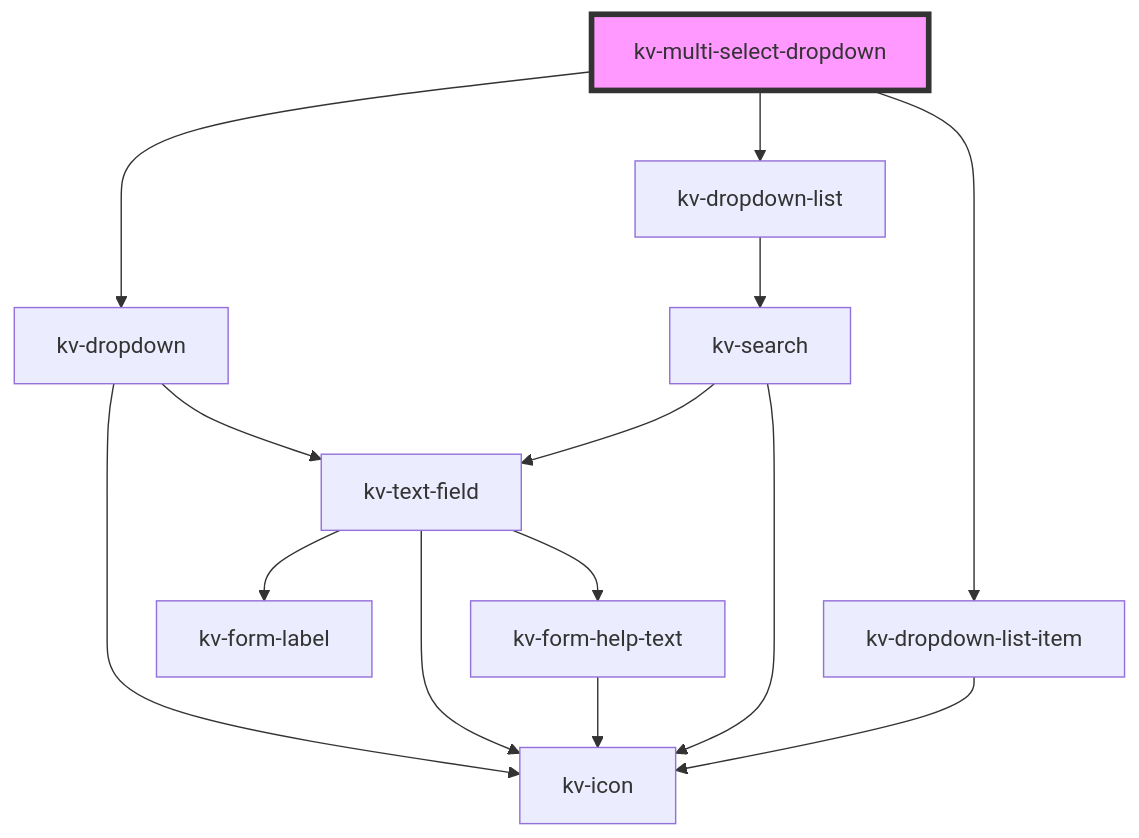
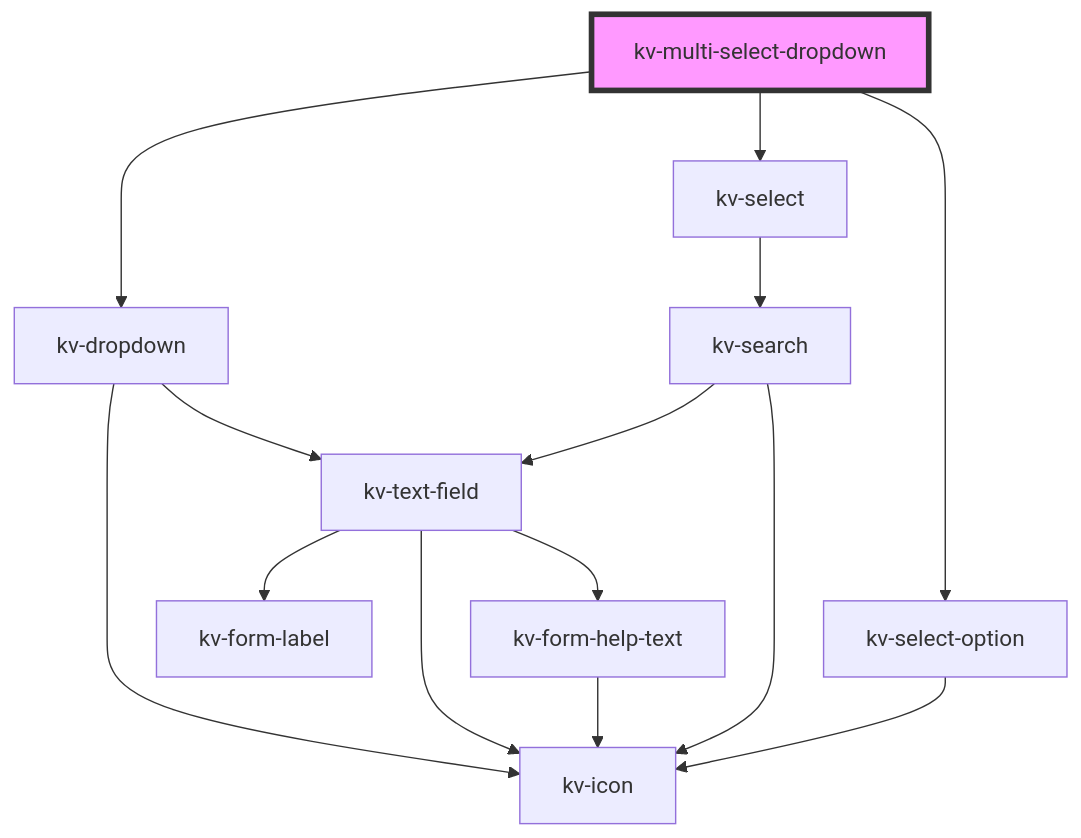
The diagram in packages/ui-components/src/components/multi-select-dropdown/readme.md (kelvininc/ui-components), drawn with Mermaid before and after one commit. The commit also changed other lines of this file and 46 other files, not shown here.

First line of the commit message:
refactor(dropdown)!: rename `dropdown-list` to `select`

````diff
--- a/packages/ui-components/src/components/multi-select-dropdown/readme.md
+++ b/packages/ui-components/src/components/multi-select-dropdown/readme.md
@@ -95,17 +95,17 @@
 ```mermaid
 graph TD;
   kv-multi-select-dropdown --> kv-dropdown
-  kv-multi-select-dropdown --> kv-dropdown-list
-  kv-multi-select-dropdown --> kv-dropdown-list-item
+  kv-multi-select-dropdown --> kv-select
+  kv-multi-select-dropdown --> kv-select-option
   kv-dropdown --> kv-text-field
   kv-dropdown --> kv-icon
   kv-text-field --> kv-form-label
   kv-text-field --> kv-icon
   kv-text-field --> kv-form-help-text
   kv-form-help-text --> kv-icon
-  kv-dropdown-list --> kv-search
+  kv-select --> kv-search
   kv-search --> kv-text-field
   kv-search --> kv-icon
-  kv-dropdown-list-item --> kv-icon
+  kv-select-option --> kv-icon
   style kv-multi-select-dropdown fill:#f9f,stroke:#333,stroke-width:4px
 ```
````
